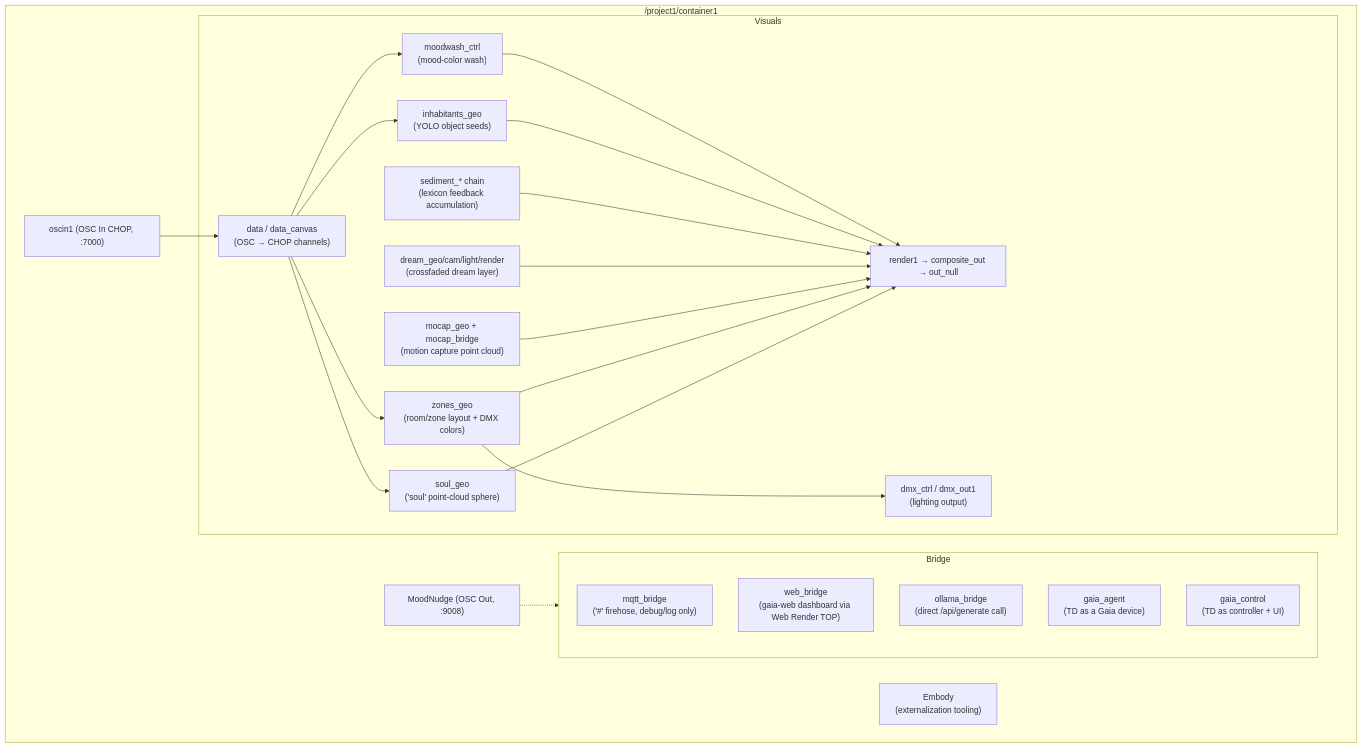
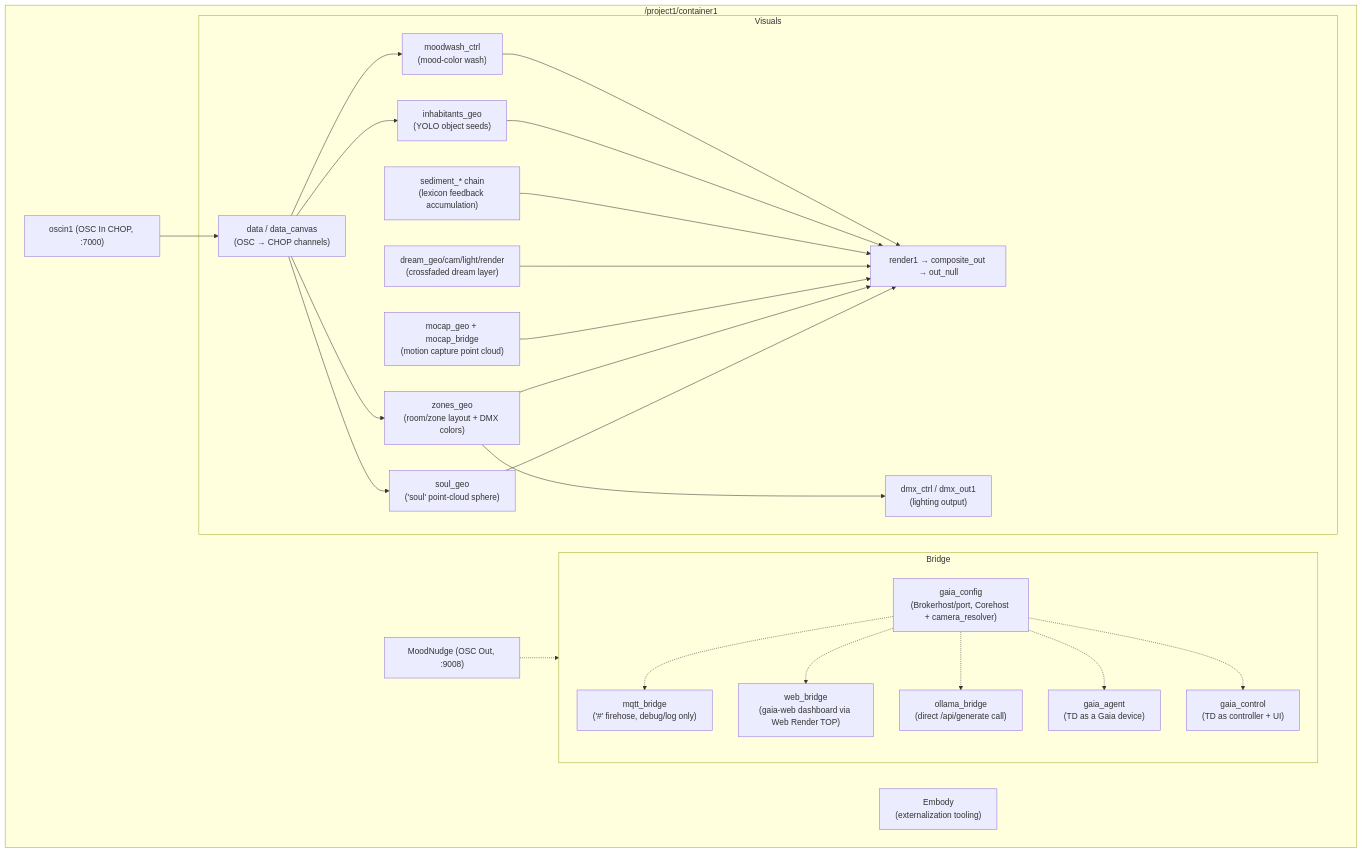
The fifth of 5 diagrams in ARCHITECTURE.md (vsvisualsubstance-source/TD4Gaia), drawn with Mermaid before and after one commit. The commit also changed other lines of this file and 13 other files, not shown here.

````diff
--- a/ARCHITECTURE.md
+++ b/ARCHITECTURE.md
@@ -102,32 +104,34 @@
 ```mermaid
 flowchart TB
     subgraph P["/project1/container1"]
         subgraph Bridge["Bridge"]
+            gaia_config["gaia_config\n(Brokerhost/port, Corehost + camera_resolver)"]
             mqtt_bridge["mqtt_bridge\n('#' firehose, debug/log only)"]
             web_bridge["web_bridge\n(gaia-web dashboard via Web Render TOP)"]
             ollama_bridge["ollama_bridge\n(direct /api/generate call)"]
             gaia_agent["gaia_agent\n(TD as a Gaia device)"]
             gaia_control["gaia_control\n(TD as controller + UI)"]
+            gaia_config -.-> mqtt_bridge & web_bridge & ollama_bridge & gaia_agent & gaia_control
         end
         oscin1["oscin1 (OSC In CHOP, :7000)"]
         MoodNudge["MoodNudge (OSC Out, :9008)"]
         subgraph Visuals["Visuals"]
             data["data / data_canvas\n(OSC → CHOP channels)"]
             soul["soul_geo\n('soul' point-cloud sphere)"]
             zones["zones_geo\n(room/zone layout + DMX colors)"]
             mocap["mocap_geo + mocap_bridge\n(motion capture point cloud)"]
             dream["dream_geo/cam/light/render\n(crossfaded dream layer)"]
             sediment["sediment_* chain\n(lexicon feedback accumulation)"]
             inhabitants["inhabitants_geo\n(YOLO object seeds)"]
             moodwash["moodwash_ctrl\n(mood-color wash)"]
             dmx["dmx_ctrl / dmx_out1\n(lighting output)"]
             render1["render1 → composite_out → out_null"]
         end
         Embody["Embody\n(externalization tooling)"]
     end
     oscin1 --> data
     data --> soul & zones & moodwash & inhabitants
     soul & zones & mocap & dream & sediment & inhabitants & moodwash --> render1
     zones --> dmx
     MoodNudge -.-> Bridge
 ```
````
